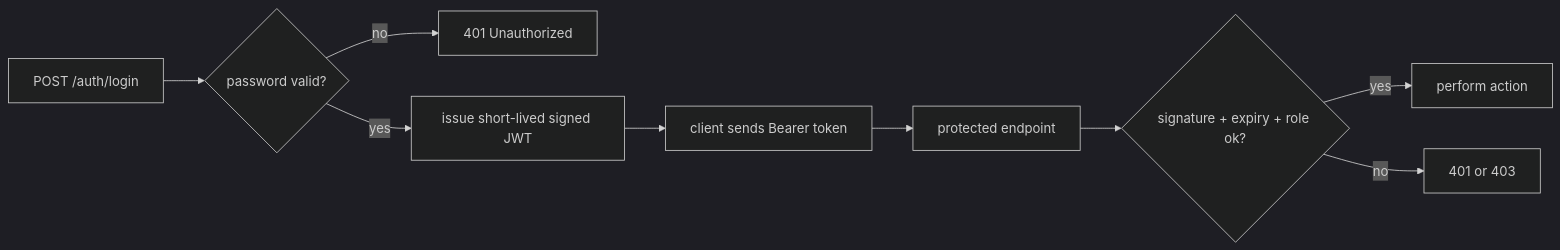
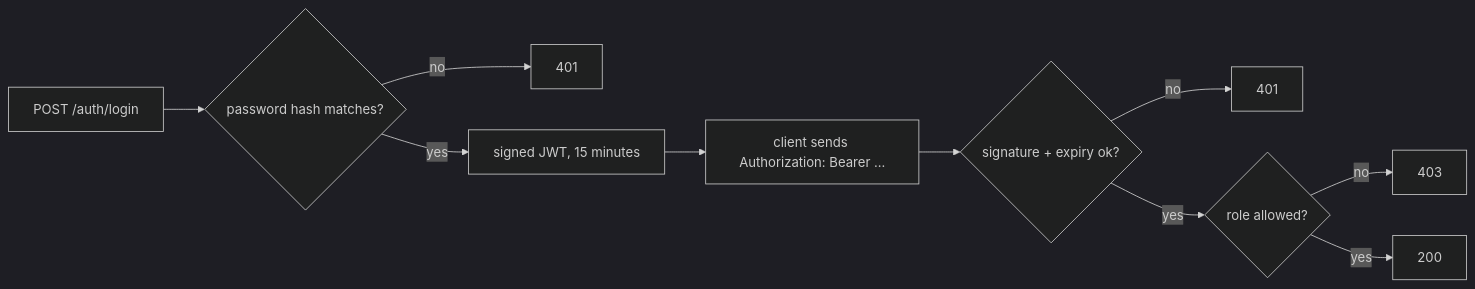
Before and after one commit to kevin-voss/learning-project: the diagram in tracks/spring-boot/topics/16-jwt-authentication/README.md, drawn with Mermaid (dark theme). The commit also changed other lines of this file and 85 other files, not shown here.

````diff
--- a/tracks/spring-boot/topics/16-jwt-authentication/README.md
+++ b/tracks/spring-boot/topics/16-jwt-authentication/README.md
@@ -33,11 +25,12 @@
 ```mermaid
 flowchart LR
-  L[POST /auth/login] --> V{password valid?}
-  V -->|no| U[401 Unauthorized]
-  V -->|yes| J[issue short-lived signed JWT]
-  J --> C[client sends Bearer token]
-  C --> P[protected endpoint]
-  P --> S{signature + expiry + role ok?}
-  S -->|yes| OK[perform action]
-  S -->|no| NO[401 or 403]
+  L[POST /auth/login] --> V{password hash matches?}
+  V -->|no| U[401]
+  V -->|yes| J[signed JWT, 15 minutes]
+  J --> C[client sends Authorization: Bearer ...]
+  C --> S{signature + expiry ok?}
+  S -->|no| U2[401]
+  S -->|yes| R{role allowed?}
+  R -->|no| F[403]
+  R -->|yes| OK[200]
 ```
````
